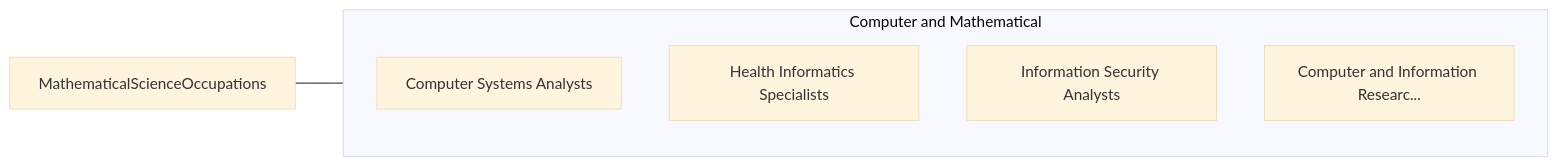
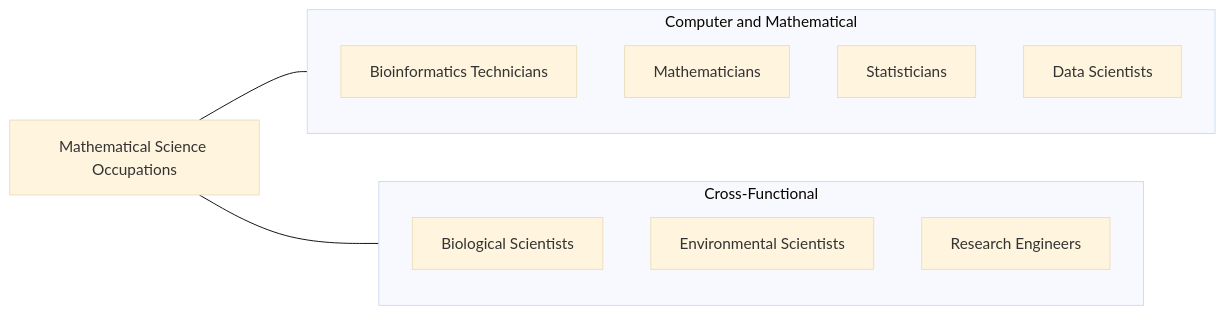
One commit to kziemski/business.org.ai changed the third of 4 diagrams in occupations/Technology/MathematicalScienceOccupations.mdx. Above: the diagram before and after it, drawn with Mermaid (base theme). The commit also changed other lines of this file and 938 other files, not shown here.

````diff
--- a/occupations/Technology/MathematicalScienceOccupations.mdx
+++ b/occupations/Technology/MathematicalScienceOccupations.mdx
@@ -133,13 +190,20 @@
 ```mermaid
 graph LR
-    Current["MathematicalScienceOccupations"]
+    Current["Mathematical Science Occupations"]
 
     subgraph SameCategory["Computer and Mathematical"]
-        ComputerSystemsAnaly["Computer Systems Analysts"]
-        HealthInformaticsSpe["Health Informatics Specialists"]
-        InformationSecurityA["Information Security Analysts"]
-        ComputerAndInformati["Computer and Information Researc..."]
+        BT["Bioinformatics Technicians"]
+        Math["Mathematicians"]
+        Stat["Statisticians"]
+        DS["Data Scientists"]
+    end
+
+    subgraph CrossFunctional["Cross-Functional"]
+        Bio["Biological Scientists"]
+        Env["Environmental Scientists"]
+        RE["Research Engineers"]
     end
 
     Current --- SameCategory
+    Current --- CrossFunctional
 ```
````
